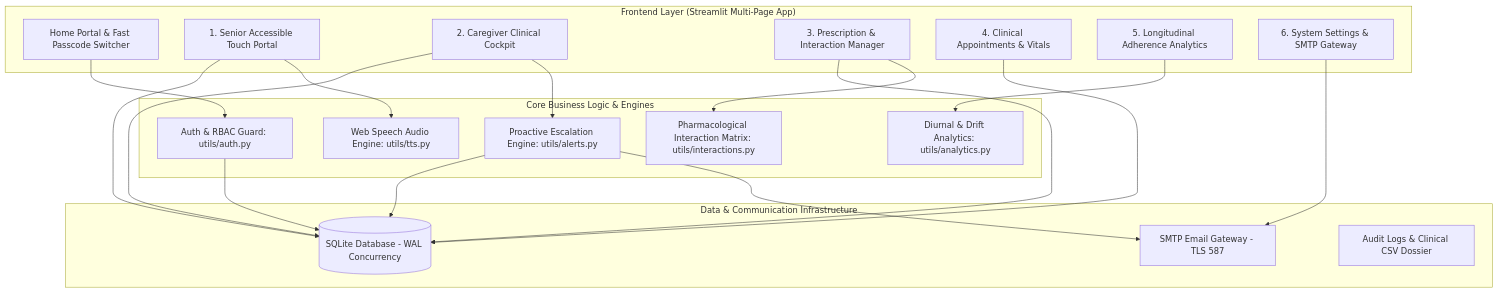
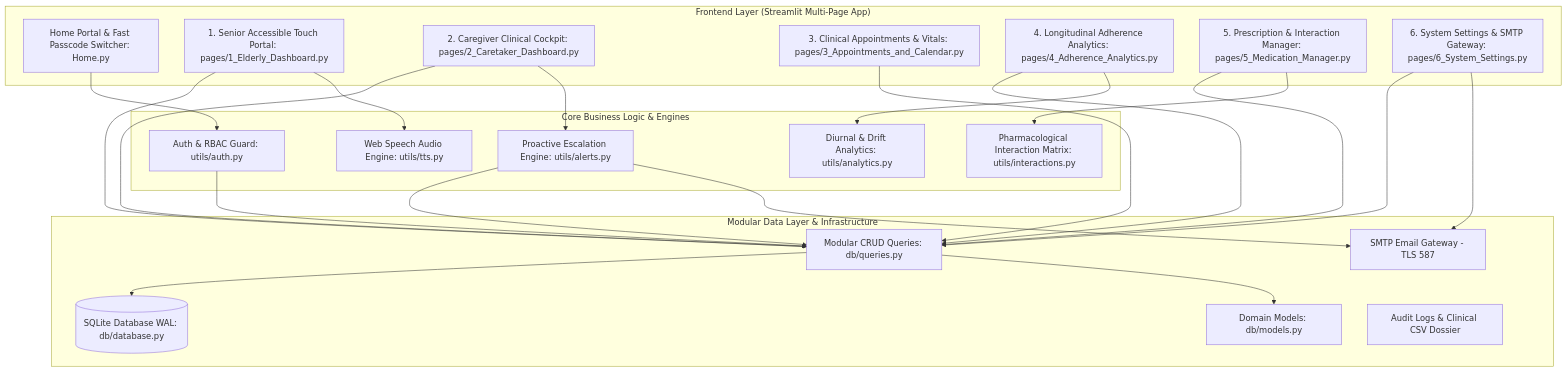
One commit to shreyashannegowda19012007-lang/Elderly-Care-Platform changed the first of 2 diagrams in README.md. Above: the diagram before and after it, drawn with Mermaid. The commit also changed other lines of this file and 1 other file, not shown here.

Commit message:
feat: modularize database, canonicalize pages, harden DDI & auth, certify 122 tests

````diff
--- a/README.md
+++ b/README.md
@@ -51,40 +51,46 @@
 ```mermaid
 graph TD
     subgraph "Frontend Layer (Streamlit Multi-Page App)"
-        A[Home Portal & Fast Passcode Switcher]
-        B[1. Senior Accessible Touch Portal]
-        C[2. Caregiver Clinical Cockpit]
-        D[3. Prescription & Interaction Manager]
-        E[4. Clinical Appointments & Vitals]
-        F[5. Longitudinal Adherence Analytics]
-        G[6. System Settings & SMTP Gateway]
+        A[Home Portal & Fast Passcode Switcher: Home.py]
+        B[1. Senior Accessible Touch Portal: pages/1_Elderly_Dashboard.py]
+        C[2. Caregiver Clinical Cockpit: pages/2_Caretaker_Dashboard.py]
+        D[3. Clinical Appointments & Vitals: pages/3_Appointments_and_Calendar.py]
+        E[4. Longitudinal Adherence Analytics: pages/4_Adherence_Analytics.py]
+        F[5. Prescription & Interaction Manager: pages/5_Medication_Manager.py]
+        G[6. System Settings & SMTP Gateway: pages/6_System_Settings.py]
     end
 
     subgraph "Core Business Logic & Engines"
         H[Auth & RBAC Guard: utils/auth.py]
         I[Proactive Escalation Engine: utils/alerts.py]
         J[Pharmacological Interaction Matrix: utils/interactions.py]
         K[Diurnal & Drift Analytics: utils/analytics.py]
         L[Web Speech Audio Engine: utils/tts.py]
     end
 
-    subgraph "Data & Communication Infrastructure"
-        M[(SQLite Database - WAL Concurrency)]
+    subgraph "Modular Data Layer & Infrastructure"
+        Q[Modular CRUD Queries: db/queries.py]
+        MOD[Domain Models: db/models.py]
+        M[(SQLite Database WAL: db/database.py)]
         N[SMTP Email Gateway - TLS 587]
         O[Audit Logs & Clinical CSV Dossier]
     end
 
     A --> H
     B --> L
-    B --> M
+    B --> Q
     C --> I
-    C --> M
-    D --> J
-    D --> M
-    E --> M
-    F --> K
+    C --> Q
+    D --> Q
+    E --> K
+    E --> Q
+    F --> J
+    F --> Q
     G --> N
+    G --> Q
     I --> N
-    I --> M
-    H --> M
+    I --> Q
+    H --> Q
+    Q --> MOD
+    Q --> M
 ```
````
